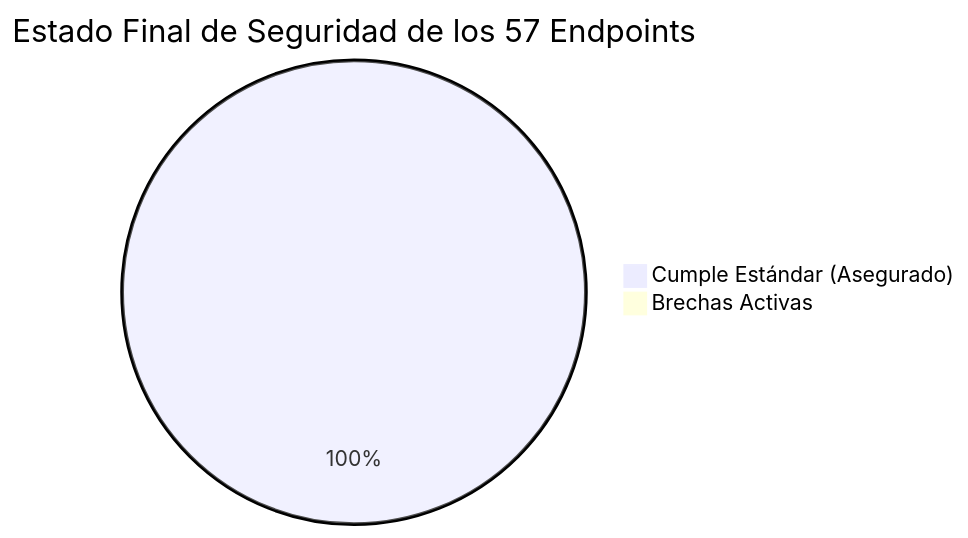
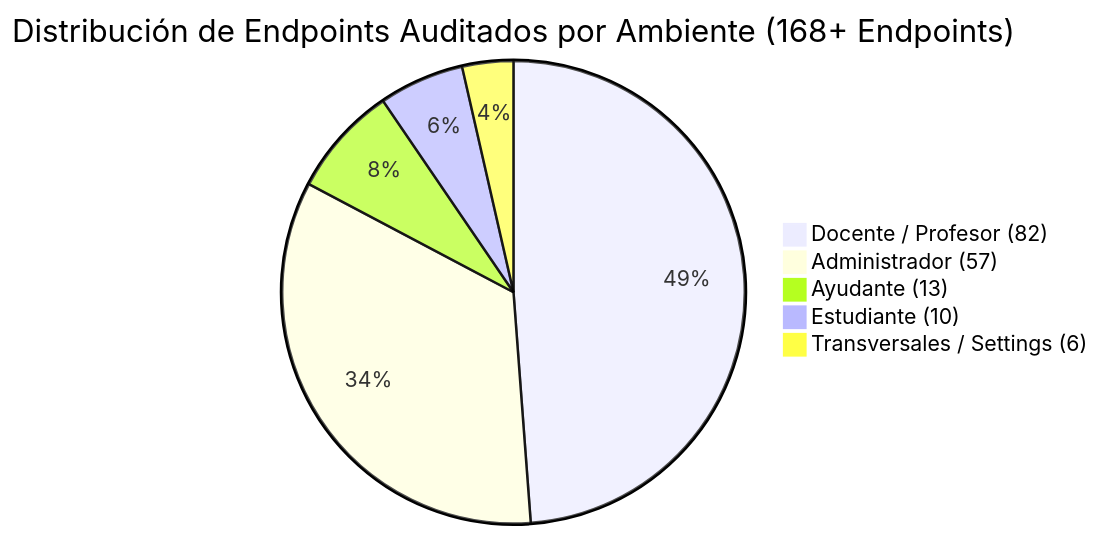
One commit to JYR-Carlos/utamed changed the diagram in docs/investigacion/permisos/informe-cierre-auditoria.md. Above: the diagram before and after it, drawn with Mermaid. The commit also changed other lines of this file and 23 other files, not shown here.

````diff
--- a/docs/investigacion/permisos/informe-cierre-auditoria.md
+++ b/docs/investigacion/permisos/informe-cierre-auditoria.md
@@ -16,5 +14,8 @@
 ```mermaid
-pie title Estado Final de Seguridad de los 57 Endpoints
-    "Cumple Estándar (Asegurado)" : 57
-    "Brechas Activas" : 0
+pie title Distribución de Endpoints Auditados por Ambiente (168+ Endpoints)
+    "Docente / Profesor (82)" : 82
+    "Administrador (57)" : 57
+    "Ayudante (13)" : 13
+    "Estudiante (10)" : 10
+    "Transversales / Settings (6)" : 6
 ```
````
